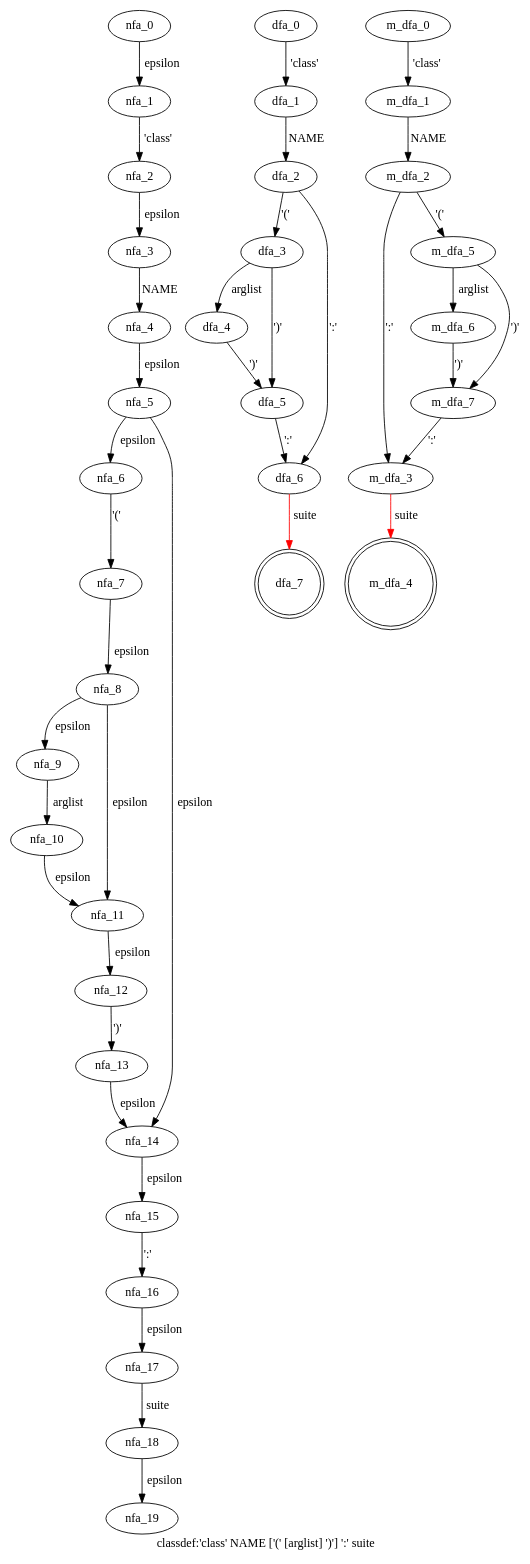
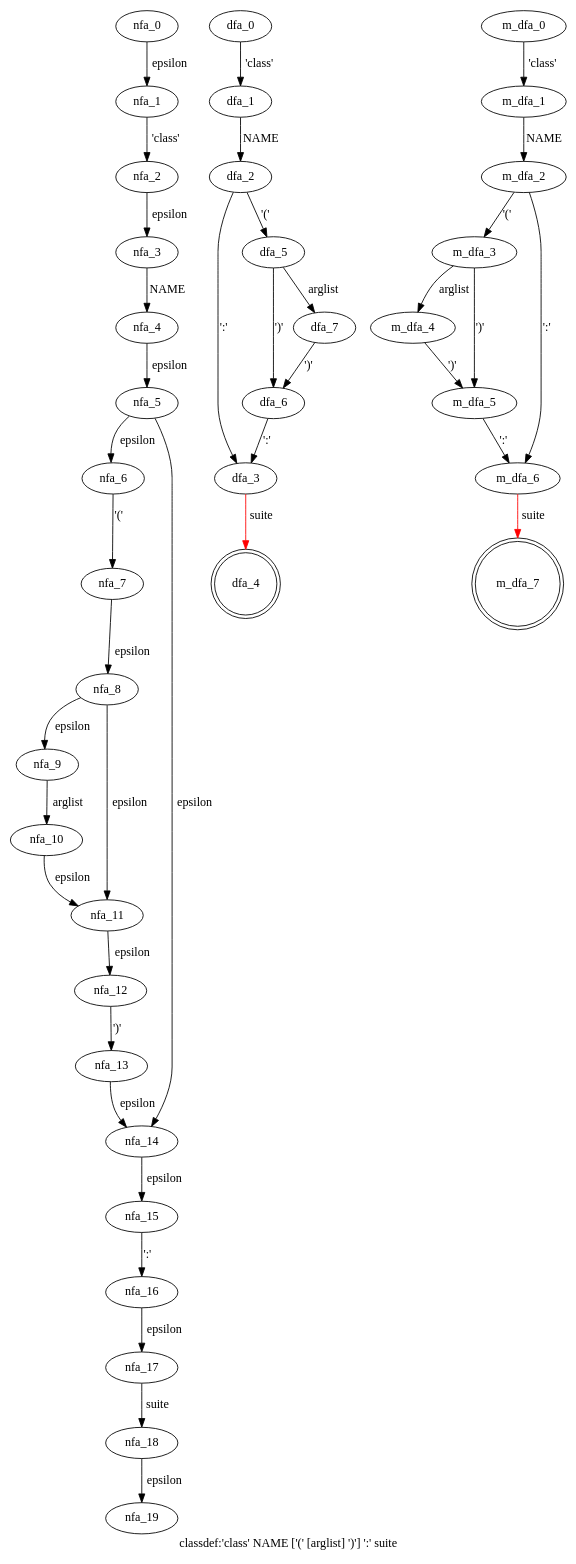
Before and after one commit to WinChua/blog: the diagram in cpython/grammar/handwrite/nfa_dfas/78.classdef.dot, drawn with Graphviz. The commit also changed 47 other files, not shown here.

```diff
--- a/cpython/grammar/handwrite/nfa_dfas/78.classdef.dot
+++ b/cpython/grammar/handwrite/nfa_dfas/78.classdef.dot
@@ -1,50 +1,50 @@
 digraph classdef {
  graph[label="classdef:'class' NAME ['(' [arglist] ')'] ':' suite"]
  subgraph classdef_nfa {
   nfa_0->nfa_1[label="epsilon"]
   nfa_1->nfa_2[label="'class'"]
   nfa_2->nfa_3[label="epsilon"]
   nfa_3->nfa_4[label="NAME"]
   nfa_4->nfa_5[label="epsilon"]
   nfa_5->nfa_6[label="epsilon"]
   nfa_6->nfa_7[label="'('"]
   nfa_7->nfa_8[label="epsilon"]
   nfa_8->nfa_9[label="epsilon"]
   nfa_9->nfa_10[label="arglist"]
   nfa_10->nfa_11[label="epsilon"]
   nfa_11->nfa_12[label="epsilon"]
   nfa_12->nfa_13[label="')'"]
   nfa_13->nfa_14[label="epsilon"]
   nfa_14->nfa_15[label="epsilon"]
   nfa_15->nfa_16[label="':'"]
   nfa_16->nfa_17[label="epsilon"]
   nfa_17->nfa_18[label="suite"]
   nfa_18->nfa_19[label="epsilon"]
   nfa_8->nfa_11[label="epsilon"]
   nfa_5->nfa_14[label="epsilon"]
   }
  subgraph classdef_dfa {
   dfa_0->dfa_1[label="'class'"]
   dfa_1->dfa_2[label="NAME"]
-  dfa_2->dfa_3[label="'('"]
-  dfa_3->dfa_4[label="arglist"]
-  dfa_4->dfa_5[label="')'"]
-  dfa_5->dfa_6[label="':'"]
-  dfa_6->dfa_7[label="suite",color=red]
-  dfa_3->dfa_5[label="')'"]
-  dfa_2->dfa_6[label="':'"]
-  dfa_7[shape=doublecircle]
+  dfa_2->dfa_3[label="':'"]
+  dfa_3->dfa_4[label="suite",color=red]
+  dfa_2->dfa_5[label="'('"]
+  dfa_5->dfa_6[label="')'"]
+  dfa_6->dfa_3[label="':'"]
+  dfa_5->dfa_7[label="arglist"]
+  dfa_7->dfa_6[label="')'"]
+  dfa_4[shape=doublecircle]
   }
  subgraph classdef_m_dfa {
   m_dfa_0->m_dfa_1[label="'class'"]
   m_dfa_1->m_dfa_2[label="NAME"]
-  m_dfa_2->m_dfa_3[label="':'"]
-  m_dfa_3->m_dfa_4[label="suite",color=red]
-  m_dfa_2->m_dfa_5[label="'('"]
-  m_dfa_5->m_dfa_6[label="arglist"]
-  m_dfa_6->m_dfa_7[label="')'"]
-  m_dfa_7->m_dfa_3[label="':'"]
-  m_dfa_5->m_dfa_7[label="')'"]
-  m_dfa_4[shape=doublecircle]
+  m_dfa_2->m_dfa_3[label="'('"]
+  m_dfa_3->m_dfa_4[label="arglist"]
+  m_dfa_4->m_dfa_5[label="')'"]
+  m_dfa_5->m_dfa_6[label="':'"]
+  m_dfa_6->m_dfa_7[label="suite",color=red]
+  m_dfa_3->m_dfa_5[label="')'"]
+  m_dfa_2->m_dfa_6[label="':'"]
+  m_dfa_7[shape=doublecircle]
   }
 }
```
